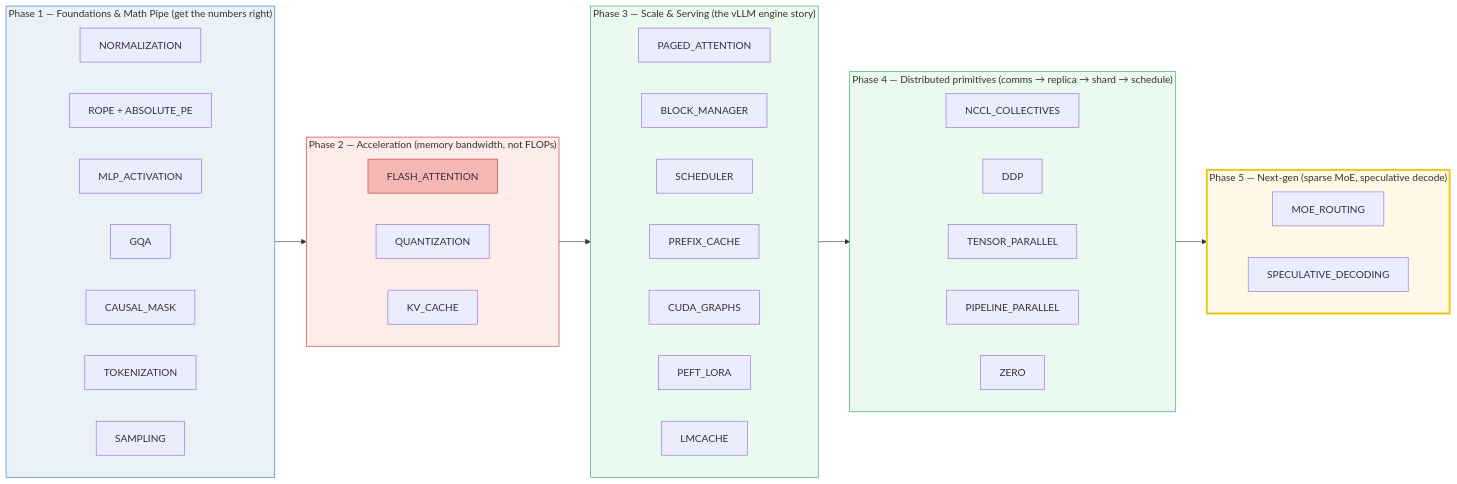
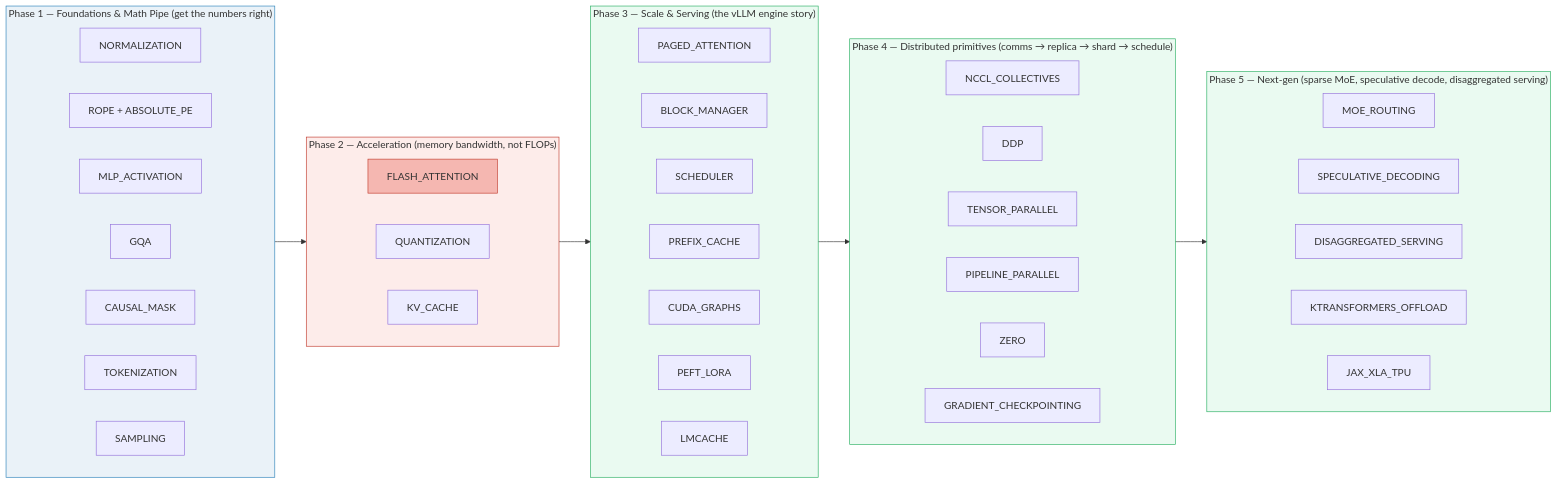
The first of 2 diagrams in llm/README.md (quanhua92/tutorials), drawn with Mermaid before and after one commit. The commit also changed other lines of this file and 18 other files, not shown here.

First line of the commit message:
feat(llm): add Wave 3 next-gen bundles — curriculum complete (29/29)

````diff
--- a/llm/README.md
+++ b/llm/README.md
@@ -16,53 +16,57 @@
 ```mermaid
 graph LR
     subgraph p1["Phase 1 — Foundations & Math Pipe (get the numbers right)"]
         direction LR
         N[NORMALIZATION]
         P[ROPE + ABSOLUTE_PE]
         M[MLP_ACTIVATION]
         G[GQA]
         C[CAUSAL_MASK]
         T[TOKENIZATION]
         S[SAMPLING]
     end
     subgraph p2["Phase 2 — Acceleration (memory bandwidth, not FLOPs)"]
         direction LR
         F[FLASH_ATTENTION]
         Q[QUANTIZATION]
         K[KV_CACHE]
     end
     subgraph p3["Phase 3 — Scale & Serving (the vLLM engine story)"]
         direction LR
         PA[PAGED_ATTENTION]
         BM[BLOCK_MANAGER]
         SCH[SCHEDULER]
         PC[PREFIX_CACHE]
         CG[CUDA_GRAPHS]
         PL[PEFT_LORA]
         LM[LMCACHE]
     end
     subgraph p4["Phase 4 — Distributed primitives (comms → replica → shard → schedule)"]
         direction LR
         NCCL[NCCL_COLLECTIVES]
         DDP[DDP]
         TP[TENSOR_PARALLEL]
         PP[PIPELINE_PARALLEL]
         Z[ZERO]
+        GC[GRADIENT_CHECKPOINTING]
     end
-    subgraph p5["Phase 5 — Next-gen (sparse MoE, speculative decode)"]
+    subgraph p5["Phase 5 — Next-gen (sparse MoE, speculative decode, disaggregated serving)"]
         direction LR
         MOE[MOE_ROUTING]
         SPEC[SPECULATIVE_DECODING]
+        DS[DISAGGREGATED_SERVING]
+        KT[KTRANSFORMERS_OFFLOAD]
+        JXP[JAX_XLA_TPU]
     end
     p1 --> p2
     p2 --> p3
     p3 --> p4
     p4 --> p5
 
     style p1 fill:#eaf2f8,stroke:#2980b9
     style p2 fill:#fdecea,stroke:#c0392b
     style p3 fill:#eafaf1,stroke:#27ae60
     style p4 fill:#eafaf1,stroke:#27ae60
-    style p5 fill:#fef9e7,stroke:#f1c40f,stroke-width:3px
+    style p5 fill:#eafaf1,stroke:#27ae60
     style F fill:#f5b7b1,stroke:#c0392b
 ```
````
